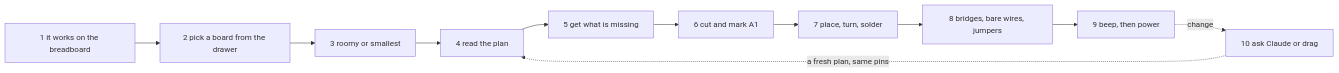
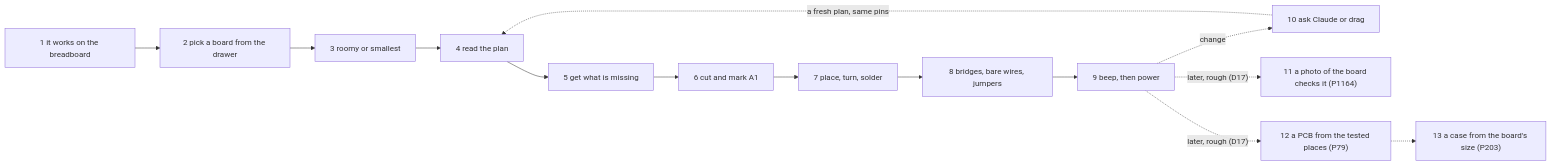
One commit to xmejkal/spark changed the first of 3 diagrams in docs/discovery/2026-11-28-perfboard-step/jobs-and-journeys.md. Above: the diagram before and after it, drawn with Mermaid. The commit also changed 2 other files, not shown here.

Commit message:
P1352: the rough features mapped onto the story map and the journey (D17)

````diff
--- a/docs/discovery/2026-11-28-perfboard-step/jobs-and-journeys.md
+++ b/docs/discovery/2026-11-28-perfboard-step/jobs-and-journeys.md
@@ -44,13 +44,16 @@
 ```mermaid
 flowchart LR
   s1["1 it works on the breadboard"] --> s2["2 pick a board from the drawer"]
   s2 --> s3["3 roomy or smallest"]
   s3 --> s4["4 read the plan"]
   s4 --> s5["5 get what is missing"]
   s5 --> s6["6 cut and mark A1"]
   s6 --> s7["7 place, turn, solder"]
   s7 --> s8["8 bridges, bare wires, jumpers"]
   s8 --> s9["9 beep, then power"]
   s9 -. change .-> s10["10 ask Claude or drag"]
   s10 -. a fresh plan, same pins .-> s4
+  s9 -. later, rough (D17) .-> s11["11 a photo of the board checks it (P1164)"]
+  s9 -. later, rough (D17) .-> s12["12 a PCB from the tested places (P79)"]
+  s12 -.-> s13["13 a case from the board's size (P203)"]
 ```
````
